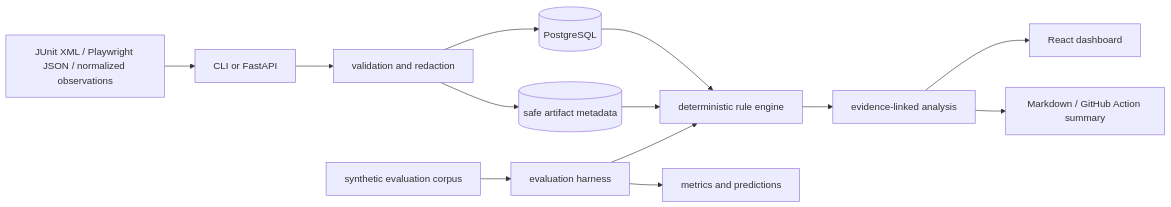
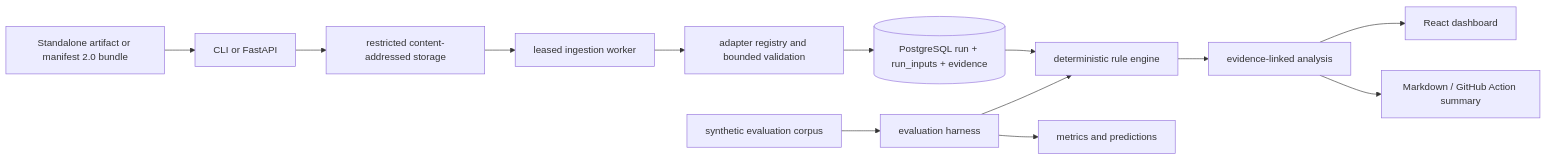
Before and after one commit to azerish25-ux/ai-quality-intelligence: the diagram in docs/architecture.md, drawn with Mermaid. The commit also changed other lines of this file and 38 other files, not shown here.

First line of the commit message:
feat: establish M2 multi-artifact ingestion foundation

````diff
--- a/docs/architecture.md
+++ b/docs/architecture.md
@@ -5,15 +5,15 @@
 ```mermaid
 flowchart LR
-    A[JUnit XML / Playwright JSON / normalized observations] --> B[CLI or FastAPI]
-    B --> C[validation and redaction]
-    C --> D[(PostgreSQL)]
-    C --> E[(safe artifact metadata)]
-    D --> F[deterministic rule engine]
-    E --> F
-    F --> G[evidence-linked analysis]
-    G --> H[React dashboard]
-    G --> I[Markdown / GitHub Action summary]
-    J[synthetic evaluation corpus] --> K[evaluation harness]
-    K --> F
-    K --> L[metrics and predictions]
+    A[Standalone artifact or manifest 2.0 bundle] --> B[CLI or FastAPI]
+    B --> C[restricted content-addressed storage]
+    C --> D[leased ingestion worker]
+    D --> E[adapter registry and bounded validation]
+    E --> F[(PostgreSQL run + run_inputs + evidence)]
+    F --> G[deterministic rule engine]
+    G --> H[evidence-linked analysis]
+    H --> I[React dashboard]
+    H --> J[Markdown / GitHub Action summary]
+    K[synthetic evaluation corpus] --> L[evaluation harness]
+    L --> G
+    L --> M[metrics and predictions]
 ```
````
